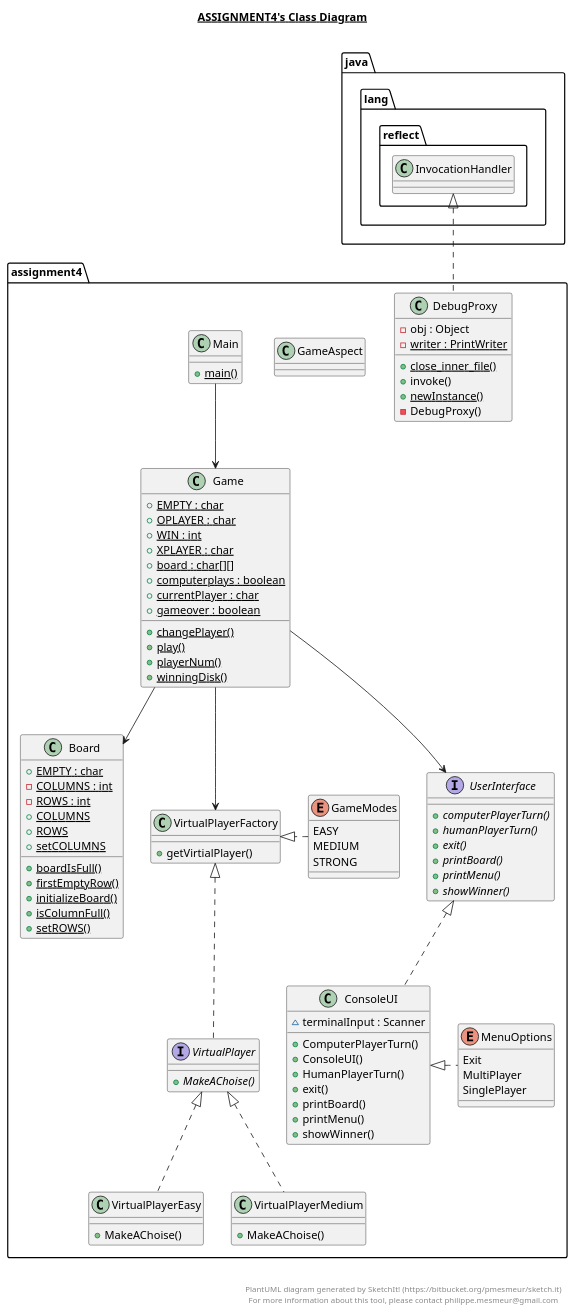
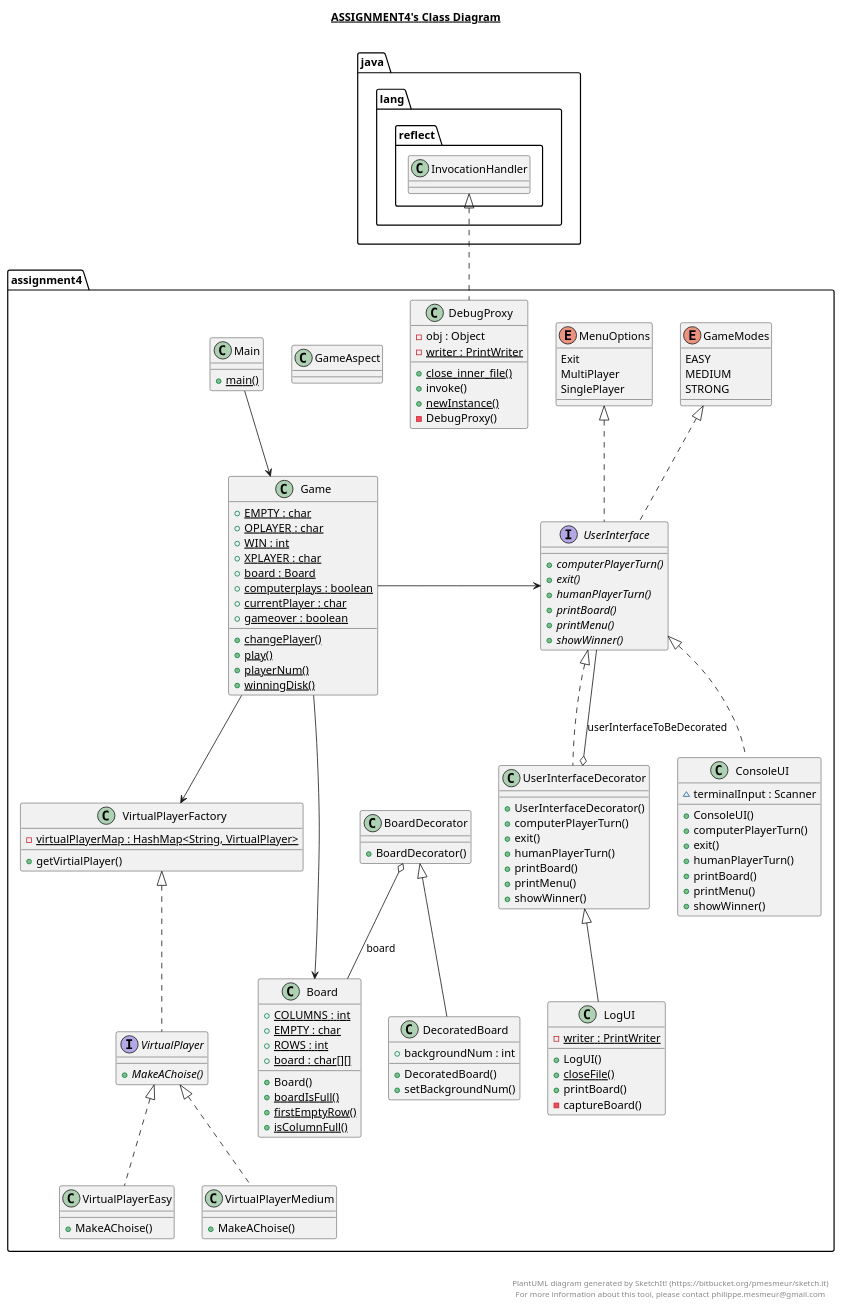
One commit to arpeled/FourInLine changed the diagram in out/production/Project/assignment4/assignment4.plantuml. Above: the diagram before and after it, drawn with PlantUML. The commit also changed 26 other files, not shown here.

```diff
--- a/out/production/Project/assignment4/assignment4.plantuml
+++ b/out/production/Project/assignment4/assignment4.plantuml
@@ -4,31 +4,21 @@
 
   namespace assignment4 {
     class assignment4.Board {
+        {static} + COLUMNS : int
         {static} + EMPTY : char
-        {static} - COLUMNS : int
-        {static} - ROWS : int
+        {static} + ROWS : int
+        {static} + board : char[][]
+        + Board()
         {static} + boardIsFull()
         {static} + firstEmptyRow()
-        {static} + COLUMNS
-        {static} + ROWS
-        {static} + initializeBoard()
         {static} + isColumnFull()
-        {static} + setCOLUMNS
-        {static} + setROWS()
     }
   }
   
 
   namespace assignment4 {
-    class assignment4.VirtualPlayerEasy {
-        + MakeAChoise()
-    }
-  }
-  
-
-  namespace assignment4 {
-    class assignment4.VirtualPlayerMedium {
-        + MakeAChoise()
+    class assignment4.BoardDecorator {
+        + BoardDecorator()
     }
   }
   
@@ -36,10 +26,10 @@
   namespace assignment4 {
     class assignment4.ConsoleUI {
         ~ terminalInput : Scanner
-        + ComputerPlayerTurn()
         + ConsoleUI()
-        + HumanPlayerTurn()
+        + computerPlayerTurn()
         + exit()
+        + humanPlayerTurn()
         + printBoard()
         + printMenu()
         + showWinner()
@@ -60,12 +50,21 @@
   
 
   namespace assignment4 {
+    class assignment4.DecoratedBoard {
+        + backgroundNum : int
+        + DecoratedBoard()
+        + setBackgroundNum()
+    }
+  }
+  
+
+  namespace assignment4 {
     class assignment4.Game {
         {static} + EMPTY : char
         {static} + OPLAYER : char
         {static} + WIN : int
         {static} + XPLAYER : char
-        {static} + board : char[][]
+        {static} + board : Board
         {static} + computerplays : boolean
         {static} + currentPlayer : char
         {static} + gameover : boolean
@@ -93,6 +92,17 @@
   
 
   namespace assignment4 {
+    class assignment4.LogUI {
+        {static} - writer : PrintWriter
+        + LogUI()
+        {static} + closeFile()
+        + printBoard()
+        - captureBoard()
+    }
+  }
+  
+
+  namespace assignment4 {
     class assignment4.Main {
         {static} + main()
     }
@@ -109,17 +119,10 @@
   
 
   namespace assignment4 {
-    interface assignment4.VirtualPlayer {
-        {abstract} + MakeAChoise()
-    }
-  }
-  
-
-  namespace assignment4 {
     interface assignment4.UserInterface {
         {abstract} + computerPlayerTurn()
+        {abstract} + exit()
         {abstract} + humanPlayerTurn()
-        {abstract} + exit()
         {abstract} + printBoard()
         {abstract} + printMenu()
         {abstract} + showWinner()
@@ -128,25 +131,65 @@
   
 
   namespace assignment4 {
+    class assignment4.UserInterfaceDecorator {
+        + UserInterfaceDecorator()
+        + computerPlayerTurn()
+        + exit()
+        + humanPlayerTurn()
+        + printBoard()
+        + printMenu()
+        + showWinner()
+    }
+  }
+  
+
+  namespace assignment4 {
+    interface assignment4.VirtualPlayer {
+        {abstract} + MakeAChoise()
+    }
+  }
+  
+
+  namespace assignment4 {
+    class assignment4.VirtualPlayerEasy {
+        + MakeAChoise()
+    }
+  }
+  
+
+  namespace assignment4 {
     class assignment4.VirtualPlayerFactory {
+        {static} - virtualPlayerMap : HashMap<String, VirtualPlayer>
         + getVirtialPlayer()
     }
   }
   
 
+  namespace assignment4 {
+    class assignment4.VirtualPlayerMedium {
+        + MakeAChoise()
+    }
+  }
+  
+
+
+  assignment4.ConsoleUI .up.|> assignment4.UserInterface
+  assignment4.DebugProxy .up.|> java.lang.reflect.InvocationHandler
+  assignment4.LogUI -up-|> assignment4.UserInterfaceDecorator
+  assignment4.UserInterfaceDecorator .up.|> assignment4.UserInterface
+  assignment4.UserInterfaceDecorator o-- assignment4.UserInterface : userInterfaceToBeDecorated
   assignment4.VirtualPlayerEasy .up.|> assignment4.VirtualPlayer
   assignment4.VirtualPlayerMedium .up.|> assignment4.VirtualPlayer
   assignment4.VirtualPlayer .up.|> assignment4.VirtualPlayerFactory
-  assignment4.ConsoleUI .up.|> assignment4.UserInterface
-  assignment4.DebugProxy .up.|> java.lang.reflect.InvocationHandler
-  assignment4.MenuOptions .left.|> assignment4.ConsoleUI
-  assignment4.GameModes .right.|> assignment4.VirtualPlayerFactory
+  assignment4.BoardDecorator o-- assignment4.Board : board
+  assignment4.DecoratedBoard -up-|> assignment4.BoardDecorator
+  assignment4.UserInterface .up.|> assignment4.GameModes
+  assignment4.UserInterface .up.|> assignment4.MenuOptions
 
   assignment4.Main --> assignment4.Game
-  assignment4.Game --> assignment4.UserInterface
-  assignment4.Game --> assignment4.Board
+  assignment4.Game ---> assignment4.Board
+  assignment4.Game -> assignment4.UserInterface
   assignment4.Game --> assignment4.VirtualPlayerFactory
-
 
 
 right footer
```
